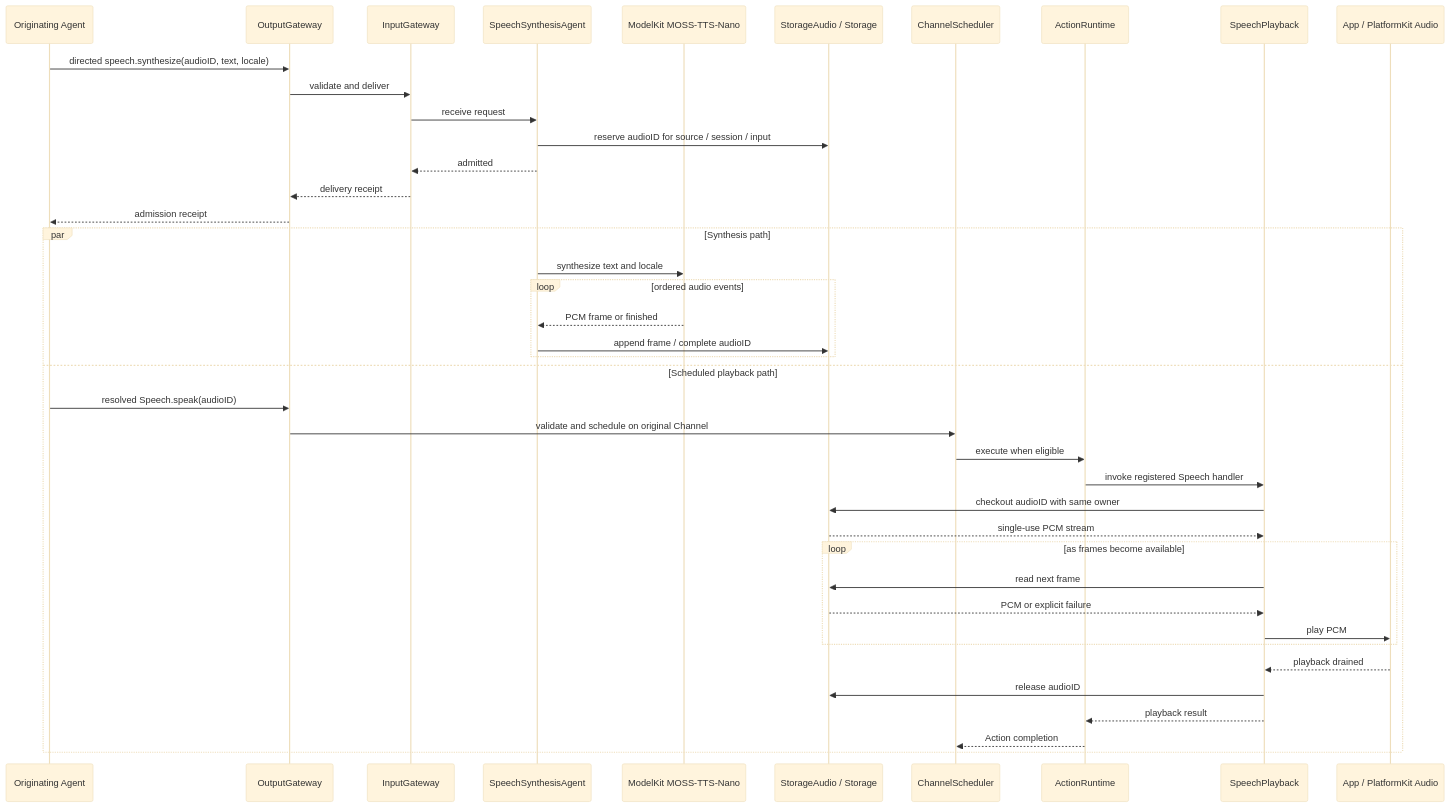
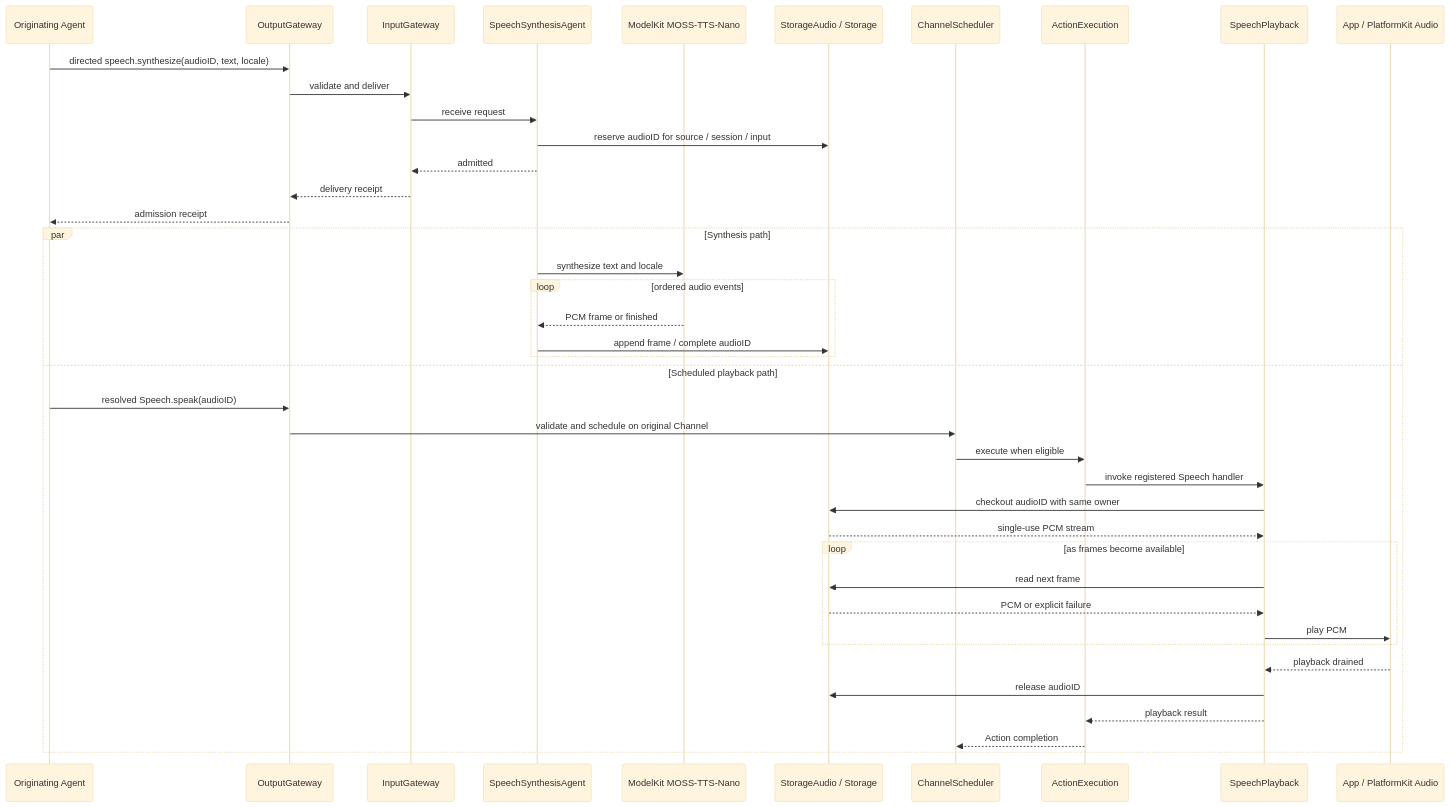
The fifth of 6 diagrams in MobileHarness/README.md (devilyouwei/MobileHarness), drawn with Mermaid (base theme) before and after one commit. The commit also changed other lines of this file and 132 other files, not shown here.

````diff
--- a/MobileHarness/README.md
+++ b/MobileHarness/README.md
@@ -464,43 +469,43 @@
 ```mermaid
 sequenceDiagram
     participant A as Originating Agent
     participant OG as OutputGateway
     participant IG as InputGateway
     participant S as SpeechSynthesisAgent
     participant M as ModelKit MOSS-TTS-Nano
     participant C as StorageAudio / Storage
     participant Q as ChannelScheduler
-    participant R as ActionRuntime
+    participant R as ActionExecution
     participant P as SpeechPlayback
     participant H as App / PlatformKit Audio
     A->>OG: directed speech.synthesize(audioID, text, locale)
     OG->>IG: validate and deliver
     IG->>S: receive request
     S->>C: reserve audioID for source / session / input
     S-->>IG: admitted
     IG-->>OG: delivery receipt
     OG-->>A: admission receipt
     par Synthesis path
         S->>M: synthesize text and locale
         loop ordered audio events
             M-->>S: PCM frame or finished
             S->>C: append frame / complete audioID
         end
     and Scheduled playback path
         A->>OG: resolved Speech.speak(audioID)
         OG->>Q: validate and schedule on original Channel
         Q->>R: execute when eligible
         R->>P: invoke registered Speech handler
         P->>C: checkout audioID with same owner
         C-->>P: single-use PCM stream
         loop as frames become available
             P->>C: read next frame
             C-->>P: PCM or explicit failure
             P->>H: play PCM
         end
         H-->>P: playback drained
         P->>C: release audioID
         P-->>R: playback result
         R-->>Q: Action completion
     end
 ```
````
